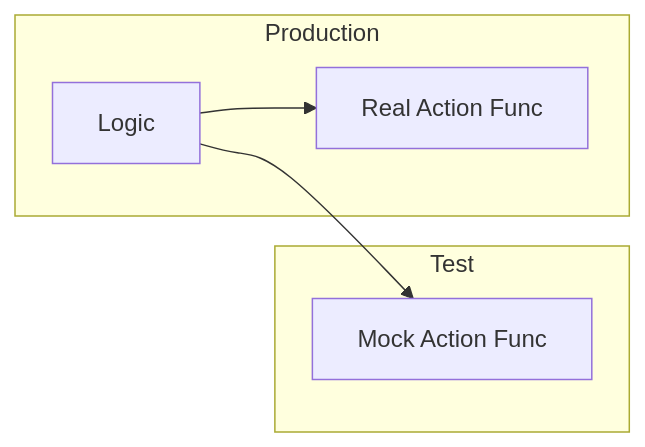
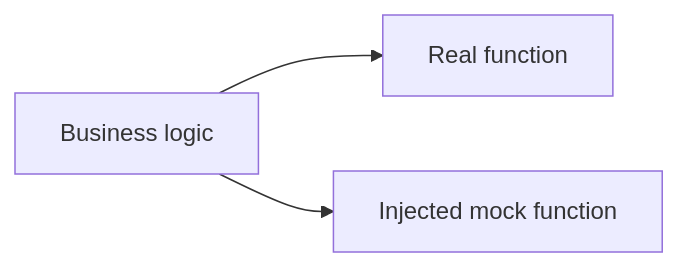
One commit to syahputrawork98-sketch/Golang-Knowledge-Base changed the diagram in RAK-03-evolution/SR-02-testing-quality/BK-02-mocking-patterns/CH-02-func-mock/README.md. Above: the diagram before and after it, drawn with Mermaid. The commit also changed other lines of this file and 61 other files, not shown here.

````diff
--- a/RAK-03-evolution/SR-02-testing-quality/BK-02-mocking-patterns/CH-02-func-mock/README.md
+++ b/RAK-03-evolution/SR-02-testing-quality/BK-02-mocking-patterns/CH-02-func-mock/README.md
@@ -36,10 +35,5 @@
 ```mermaid
 graph LR
-    subgraph "Production"
-    A[Logic] --> B[Real Action Func]
-    end
-
-    subgraph "Test"
-    A --> C[Mock Action Func]
-    end
+    Logic[Business logic] --> Real[Real function]
+    Logic --> Mock[Injected mock function]
 ```
````
